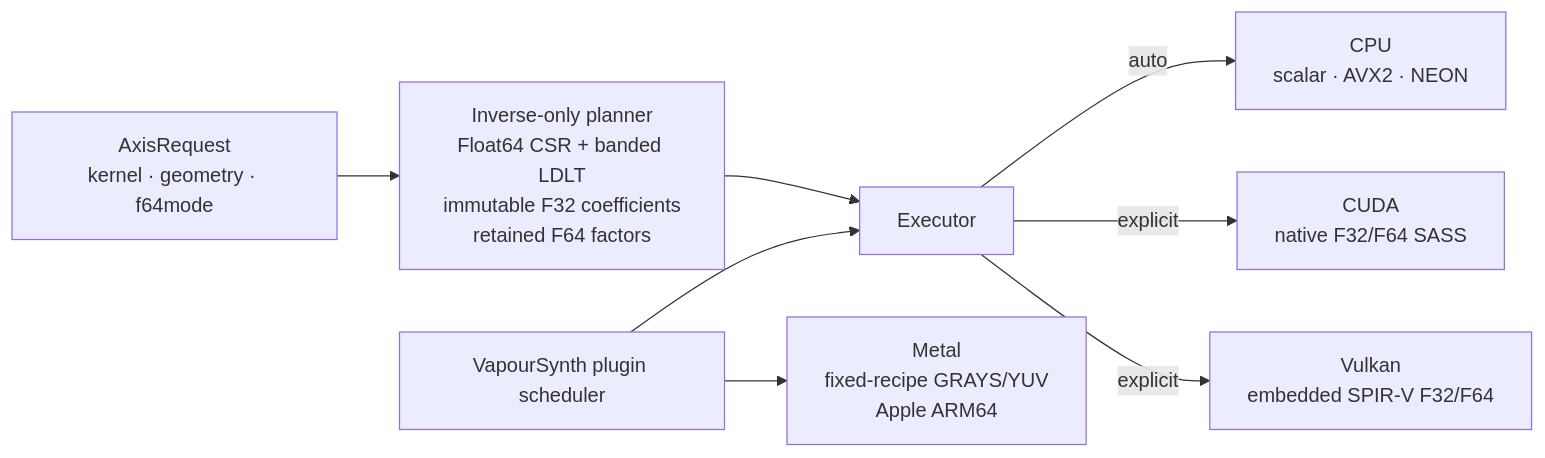
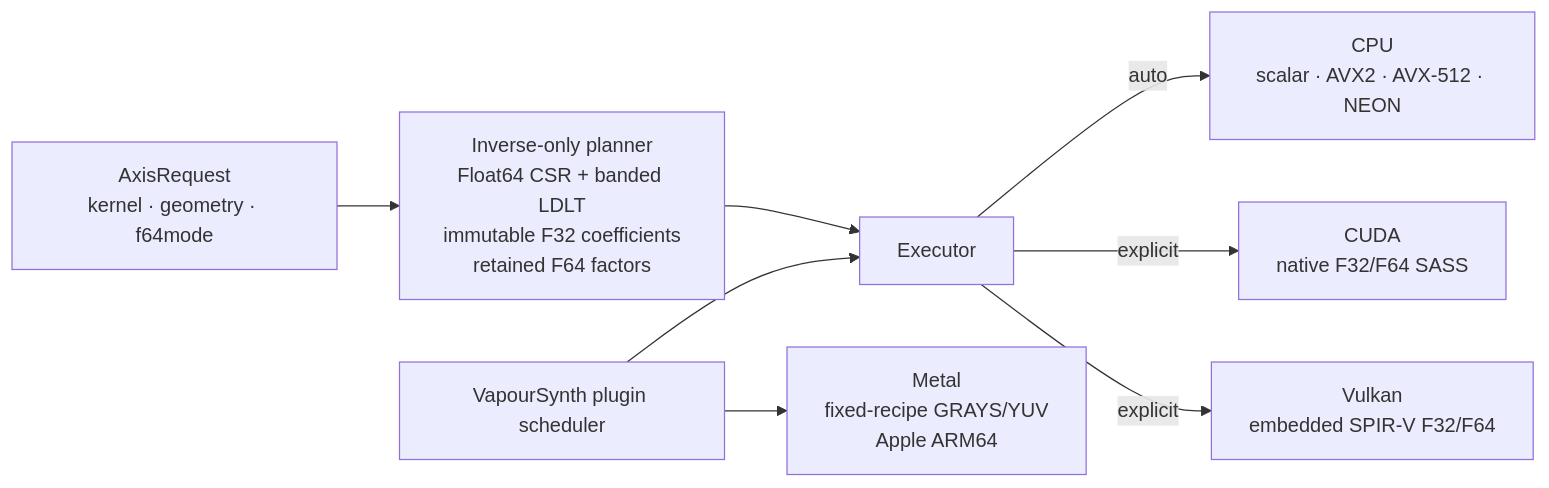
Before and after one commit to AmusementClub/vapoursynth-descalemvc: the diagram in README.md, drawn with Mermaid. The commit also changed other lines of this file and 4 other files, not shown here.

````diff
--- a/README.md
+++ b/README.md
@@ -123,10 +124,10 @@
 ```mermaid
 flowchart LR
     REQ[AxisRequest<br/>kernel · geometry · f64mode] --> PLN[Inverse-only planner<br/>Float64 CSR + banded LDLT<br/>immutable F32 coefficients<br/>retained F64 factors]
     PLN --> EX[Executor]
-    EX -->|auto| CPU[CPU<br/>scalar · AVX2 · NEON]
+    EX -->|auto| CPU[CPU<br/>scalar · AVX2 · AVX-512 · NEON]
     EX -->|explicit| CUDA[CUDA<br/>native F32/F64 SASS]
     EX -->|explicit| VK[Vulkan<br/>embedded SPIR-V F32/F64]
     PLG[VapourSynth plugin scheduler] --> MET[Metal<br/>fixed-recipe GRAYS/YUV<br/>Apple ARM64]
     PLG --> EX
 ```
````
